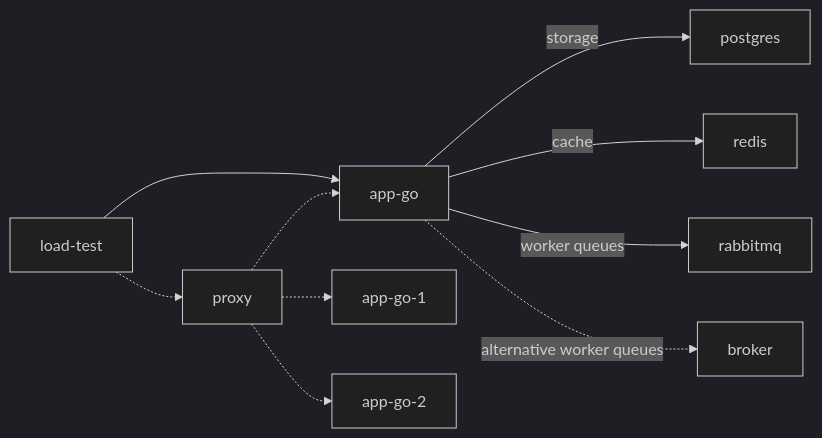
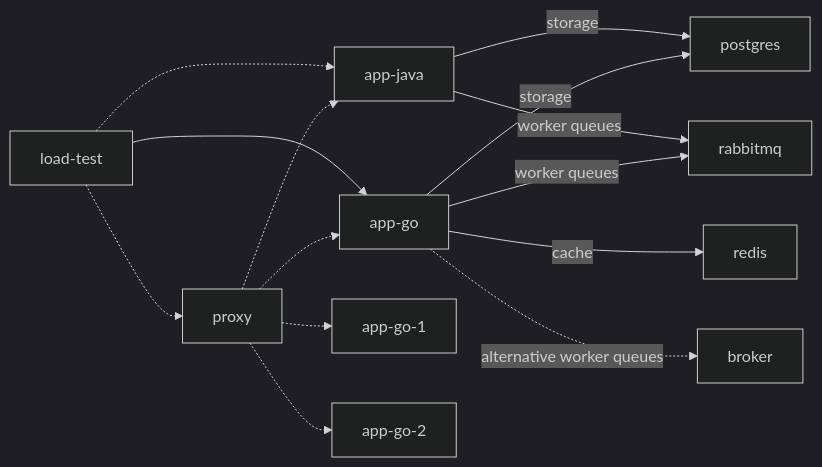
The diagram in README.md (vembry/playground), drawn with Mermaid (dark theme) before and after one commit.

Commit message:
chore: update flowchart

````diff
--- a/README.md
+++ b/README.md
@@ -3,13 +3,17 @@
 ```mermaid
 flowchart LR
    load-test --> app-go
+   load-test -.-> app-java
    load-test -.-> proxy
+   proxy -.-> app-java
    proxy -.-> app-go
    proxy -.-> app-go-1
    proxy -.-> app-go-2
 
+   app-java -- storage --> postgres
+   app-java -- worker queues --> rabbitmq
    app-go -- storage --> postgres
+   app-go -- worker queues --> rabbitmq
    app-go -- cache --> redis
-   app-go -- worker queues --> rabbitmq
    app-go -. alternative worker queues .-> broker
 ```
````
